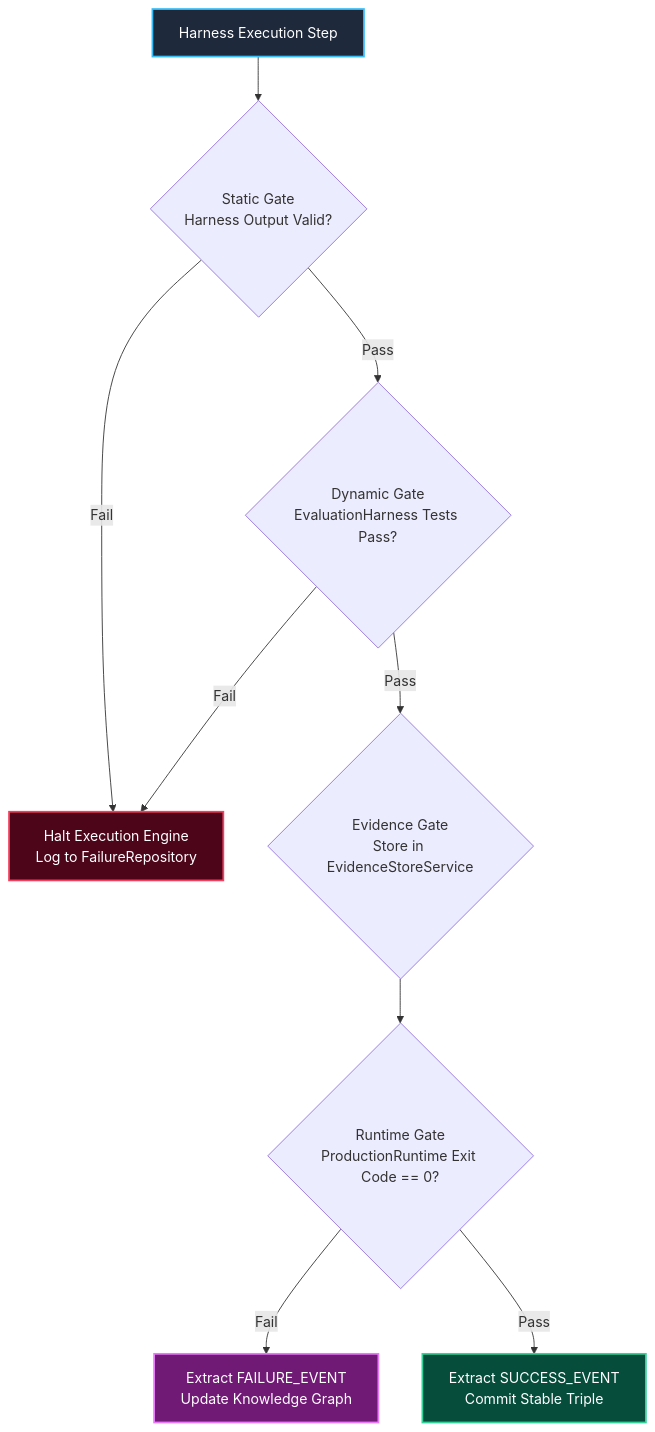
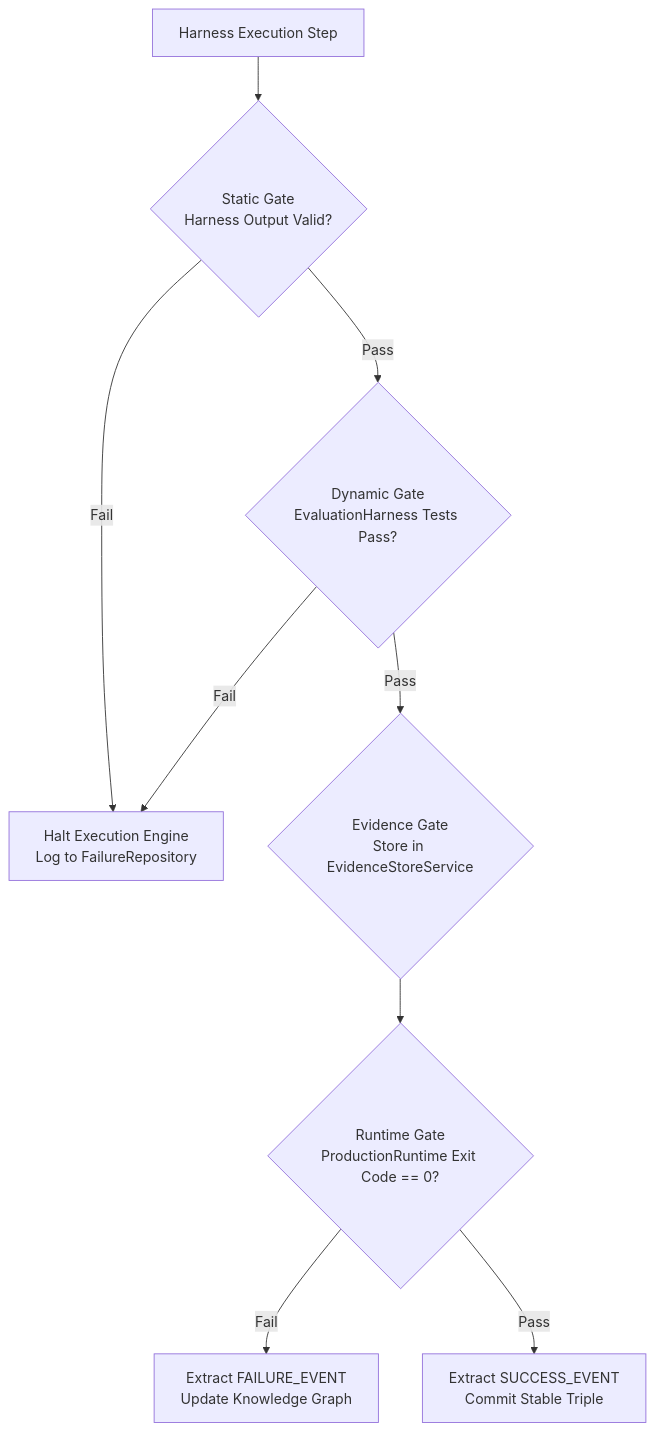
The tenth of 16 diagrams in README.md (jacobjerryarackal/harness-engineering), drawn with Mermaid before and after one commit. The commit also changed other lines of this file, not shown here.

Commit message:
docs: clean up Mermaid diagrams by removing styling and replace HLD diagram with static image link

````diff
--- a/README.md
+++ b/README.md
@@ -705,16 +515,11 @@
 ```mermaid
 flowchart TD
     Step["Harness Execution Step"] --> G1{"Static Gate<br/>Harness Output Valid?"}
     G1 -- Fail --> Halt["Halt Execution Engine<br/>Log to FailureRepository"]
     G1 -- Pass --> G2{"Dynamic Gate<br/>EvaluationHarness Tests Pass?"}
     G2 -- Fail --> Halt
     G2 -- Pass --> G3{"Evidence Gate<br/>Store in EvidenceStoreService"}
     G3 --> G4{"Runtime Gate<br/>ProductionRuntime Exit Code == 0?"}
     G4 -- Fail --> LearnFail["Extract FAILURE_EVENT<br/>Update Knowledge Graph"]
     G4 -- Pass --> LearnPass["Extract SUCCESS_EVENT<br/>Commit Stable Triple"]
-
-    style Step fill:#1e293b,stroke:#38bdf8,stroke-width:2px,color:#fff
-    style Halt fill:#4c0519,stroke:#f43f5e,stroke-width:2px,color:#fff
-    style LearnFail fill:#701a75,stroke:#e879f9,stroke-width:2px,color:#fff
-    style LearnPass fill:#064e3b,stroke:#34d399,stroke-width:2px,color:#fff
 ```
````
